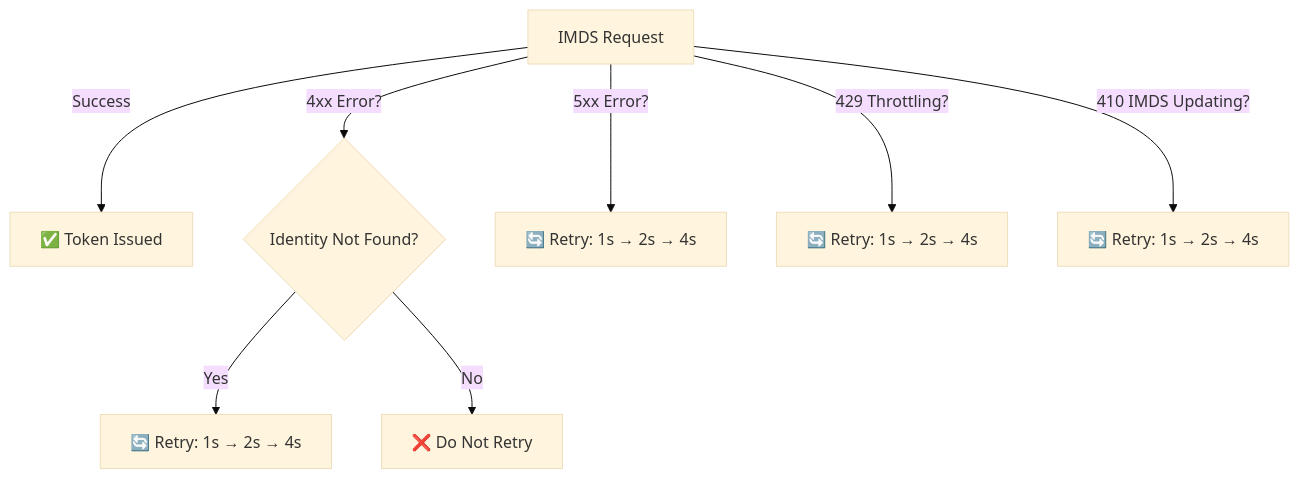
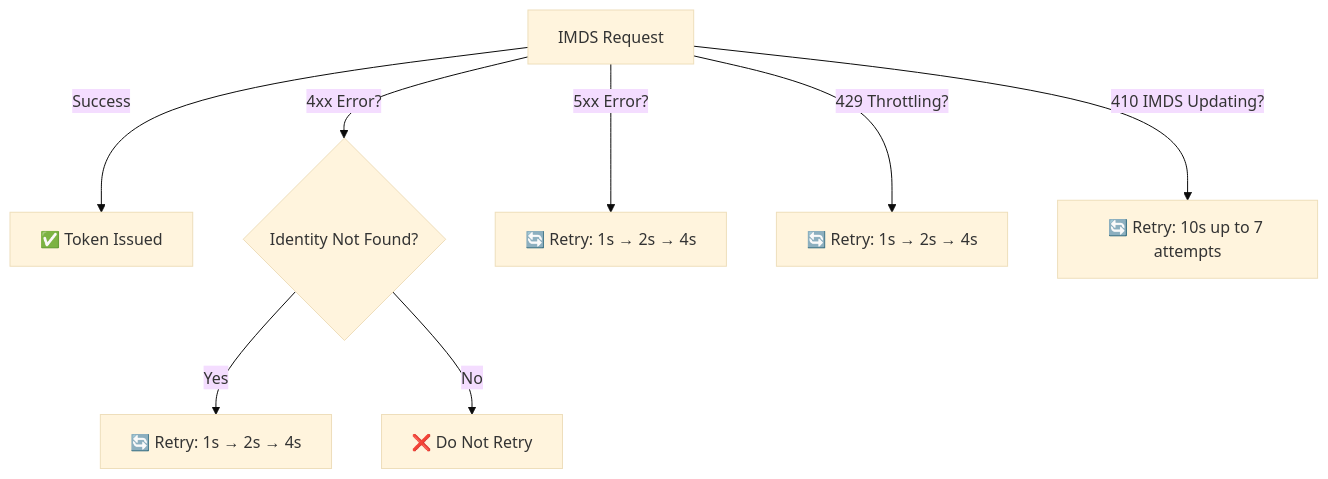
Before and after one commit to AzureAD/microsoft-authentication-library-for-dotnet: the diagram in docs/imds_retry_based_on_errors.md, drawn with Mermaid (base theme). The commit also changed other lines of this file, not shown here.

Commit message:
Update retry strategy for 410 errors

````diff
--- a/docs/imds_retry_based_on_errors.md
+++ b/docs/imds_retry_based_on_errors.md
@@ -49,11 +49,11 @@
 ```mermaid
 graph TD;
   
   A[IMDS Request] -->|Success| B[✅ Token Issued]
   A -->|4xx Error?| C{Identity Not Found?}
   C -- Yes --> D[🔄 Retry: 1s → 2s → 4s]
   C -- No --> E[❌ Do Not Retry]
   A -->|5xx Error?| F[🔄 Retry: 1s → 2s → 4s]
   A -->|429 Throttling?| G[🔄 Retry: 1s → 2s → 4s]
-  A -->|410 IMDS Updating?| H[🔄 Retry: 1s → 2s → 4s]
+  A -->|410 IMDS Updating?| H[🔄 Retry: 10s up to 7 attempts]
 ```
````
